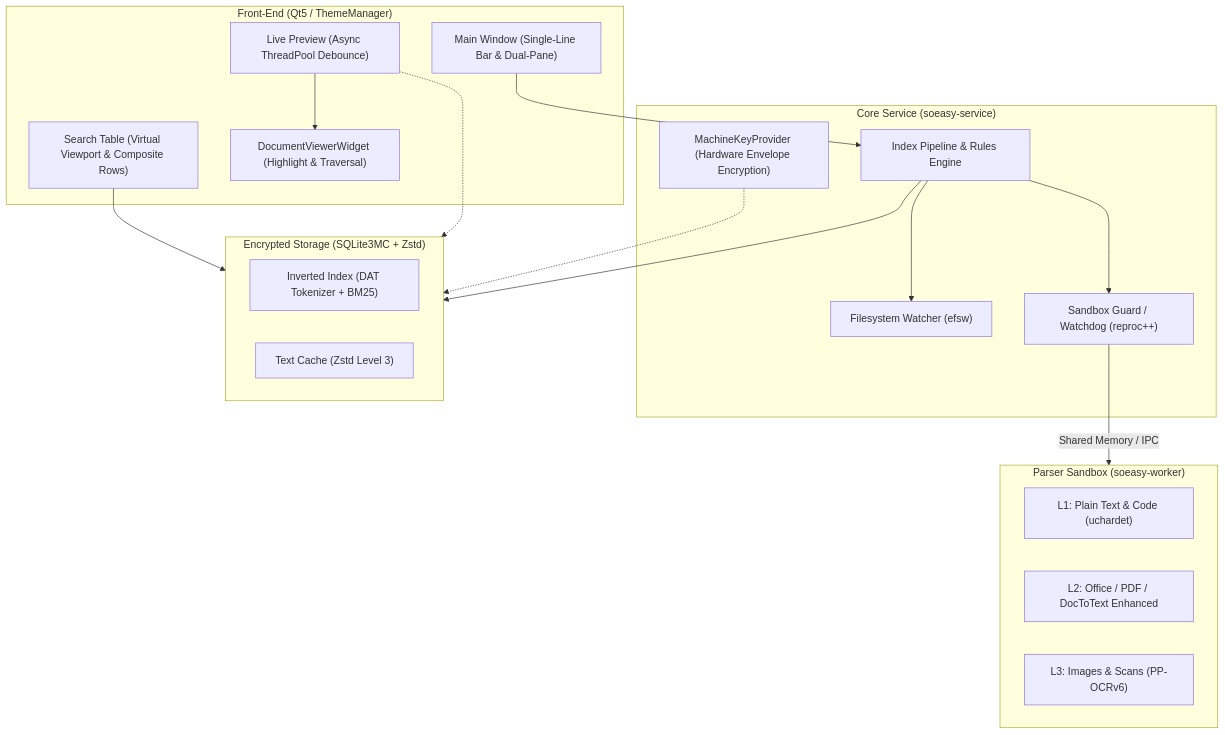
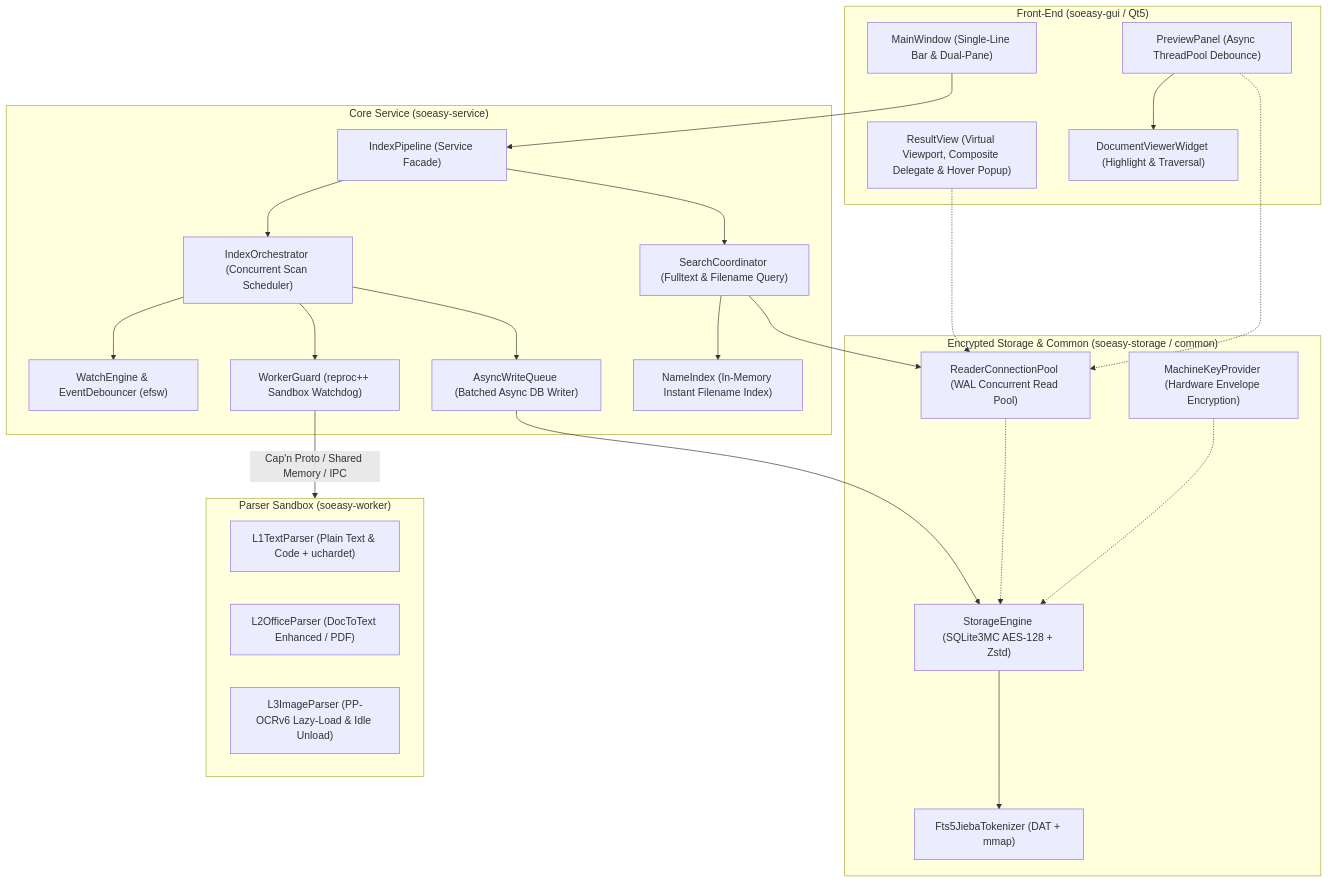
Before and after one commit to lilucpp/soeasy: the diagram in README.md, drawn with Mermaid. The commit also changed other lines of this file and 2 other files, not shown here.

Commit message:
docs: fix index.html language toggle, remove footer release link, and sync README architecture & build deps

````diff
--- a/README.md
+++ b/README.md
@@ -35,37 +35,49 @@
 ```mermaid
 flowchart TD
-    subgraph UI ["Front-End (Qt5 / ThemeManager)"]
-        MainWindow["Main Window (Single-Line Bar & Dual-Pane)"]
-        ResultView["Search Table (Virtual Viewport & Composite Rows)"]
-        PreviewPanel["Live Preview (Async ThreadPool Debounce)"]
+    subgraph UI ["Front-End (soeasy-gui / Qt5)"]
+        MainWindow["MainWindow (Single-Line Bar & Dual-Pane)"]
+        ResultView["ResultView (Virtual Viewport, Composite Delegate & Hover Popup)"]
+        PreviewPanel["PreviewPanel (Async ThreadPool Debounce)"]
         DocViewer["DocumentViewerWidget (Highlight & Traversal)"]
     end
 
     subgraph Core ["Core Service (soeasy-service)"]
-        IndexPipeline["Index Pipeline & Rules Engine"]
-        WatchEngine["Filesystem Watcher (efsw)"]
-        WorkerGuard["Sandbox Guard / Watchdog (reproc++)"]
-        MachineKey["MachineKeyProvider (Hardware Envelope Encryption)"]
+        IndexPipeline["IndexPipeline (Service Facade)"]
+        Orchestrator["IndexOrchestrator (Concurrent Scan Scheduler)"]
+        SearchCoord["SearchCoordinator (Fulltext & Filename Query)"]
+        NameIndex["NameIndex (In-Memory Instant Filename Index)"]
+        WriteQueue["AsyncWriteQueue (Batched Async DB Writer)"]
+        WatchEngine["WatchEngine & EventDebouncer (efsw)"]
+        WorkerGuard["WorkerGuard (reproc++ Sandbox Watchdog)"]
     end
 
     subgraph Sandbox ["Parser Sandbox (soeasy-worker)"]
-        L1["L1: Plain Text & Code (uchardet)"]
-        L2["L2: Office / PDF / DocToText Enhanced"]
-        L3["L3: Images & Scans (PP-OCRv6)"]
+        L1["L1TextParser (Plain Text & Code + uchardet)"]
+        L2["L2OfficeParser (DocToText Enhanced / PDF)"]
+        L3["L3ImageParser (PP-OCRv6 Lazy-Load & Idle Unload)"]
     end
 
-    subgraph Storage ["Encrypted Storage (SQLite3MC + Zstd)"]
-        FTS5["Inverted Index (DAT Tokenizer + BM25)"]
-        CompressedCache["Text Cache (Zstd Level 3)"]
+    subgraph Storage ["Encrypted Storage & Common (soeasy-storage / common)"]
+        StorageEngine["StorageEngine (SQLite3MC AES-128 + Zstd)"]
+        ReaderPool["ReaderConnectionPool (WAL Concurrent Read Pool)"]
+        FTS5["Fts5JiebaTokenizer (DAT + mmap)"]
+        MachineKey["MachineKeyProvider (Hardware Envelope Encryption)"]
     end
 
     MainWindow --> IndexPipeline
     PreviewPanel --> DocViewer
-    IndexPipeline --> WatchEngine
-    IndexPipeline --> WorkerGuard
-    WorkerGuard -- Shared Memory / IPC --> Sandbox
-    MachineKey -.-> Storage
-    IndexPipeline --> Storage
-    ResultView --> Storage
-    PreviewPanel -.-> Storage
+    IndexPipeline --> Orchestrator
+    IndexPipeline --> SearchCoord
+    Orchestrator --> WatchEngine
+    Orchestrator --> WorkerGuard
+    Orchestrator --> WriteQueue
+    SearchCoord --> NameIndex
+    SearchCoord --> ReaderPool
+    WorkerGuard -- "Cap'n Proto / Shared Memory / IPC" --> Sandbox
+    MachineKey -.-> StorageEngine
+    WriteQueue --> StorageEngine
+    StorageEngine --> FTS5
+    ReaderPool -.-> StorageEngine
+    ResultView -.-> ReaderPool
+    PreviewPanel -.-> ReaderPool
 ```
````
